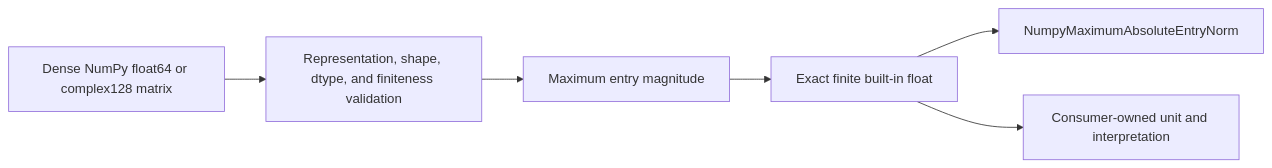
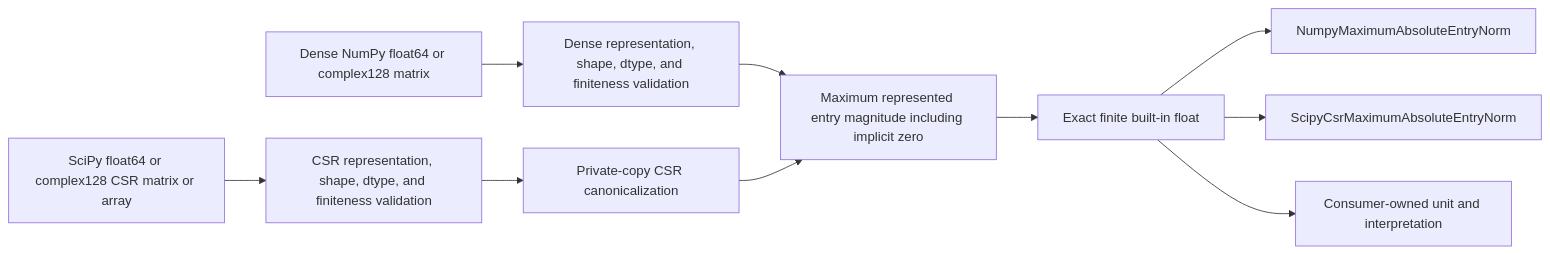
Before and after one commit to eragasa/projectkoios-optimization: the diagram in docs/architecture/projectkoios/numerics/linalg/maximum_absolute_entry/schematics.md, drawn with Mermaid. The commit also changed 14 other files, not shown here.

Commit message:
Complete maximum-entry matrix norms

````diff
--- a/docs/architecture/projectkoios/numerics/linalg/maximum_absolute_entry/schematics.md
+++ b/docs/architecture/projectkoios/numerics/linalg/maximum_absolute_entry/schematics.md
@@ -3,13 +3,19 @@
 ```mermaid
 flowchart LR
     D[Dense NumPy float64 or complex128 matrix]
-    V[Representation, shape, dtype, and finiteness validation]
-    M[Maximum entry magnitude]
+    S[SciPy float64 or complex128 CSR matrix or array]
+    K[Private-copy CSR canonicalization]
+    V[Dense representation, shape, dtype, and finiteness validation]
+    W[CSR representation, shape, dtype, and finiteness validation]
+    M[Maximum represented entry magnitude including implicit zero]
     F[Exact finite built-in float]
     E[NumpyMaximumAbsoluteEntryNorm]
+    Q[ScipyCsrMaximumAbsoluteEntryNorm]
     C[Consumer-owned unit and interpretation]
 
     D --> V --> M --> F
+    S --> W --> K --> M
     F --> E
+    F --> Q
     F --> C
 ```
````
